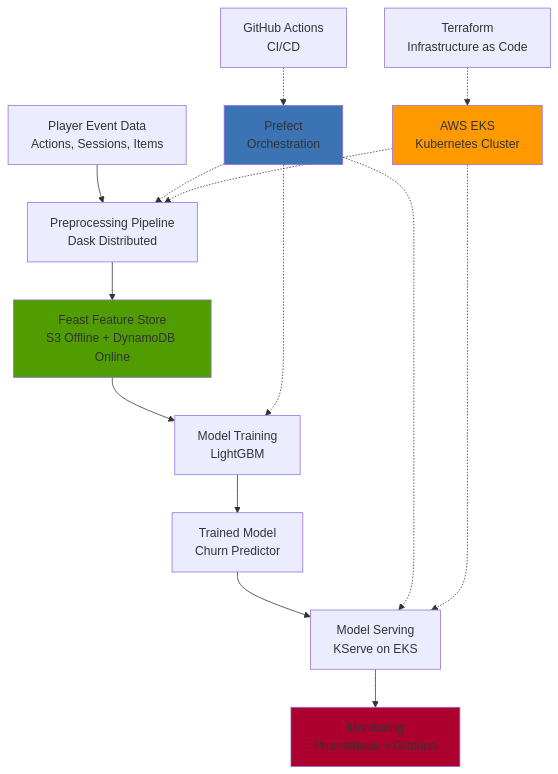
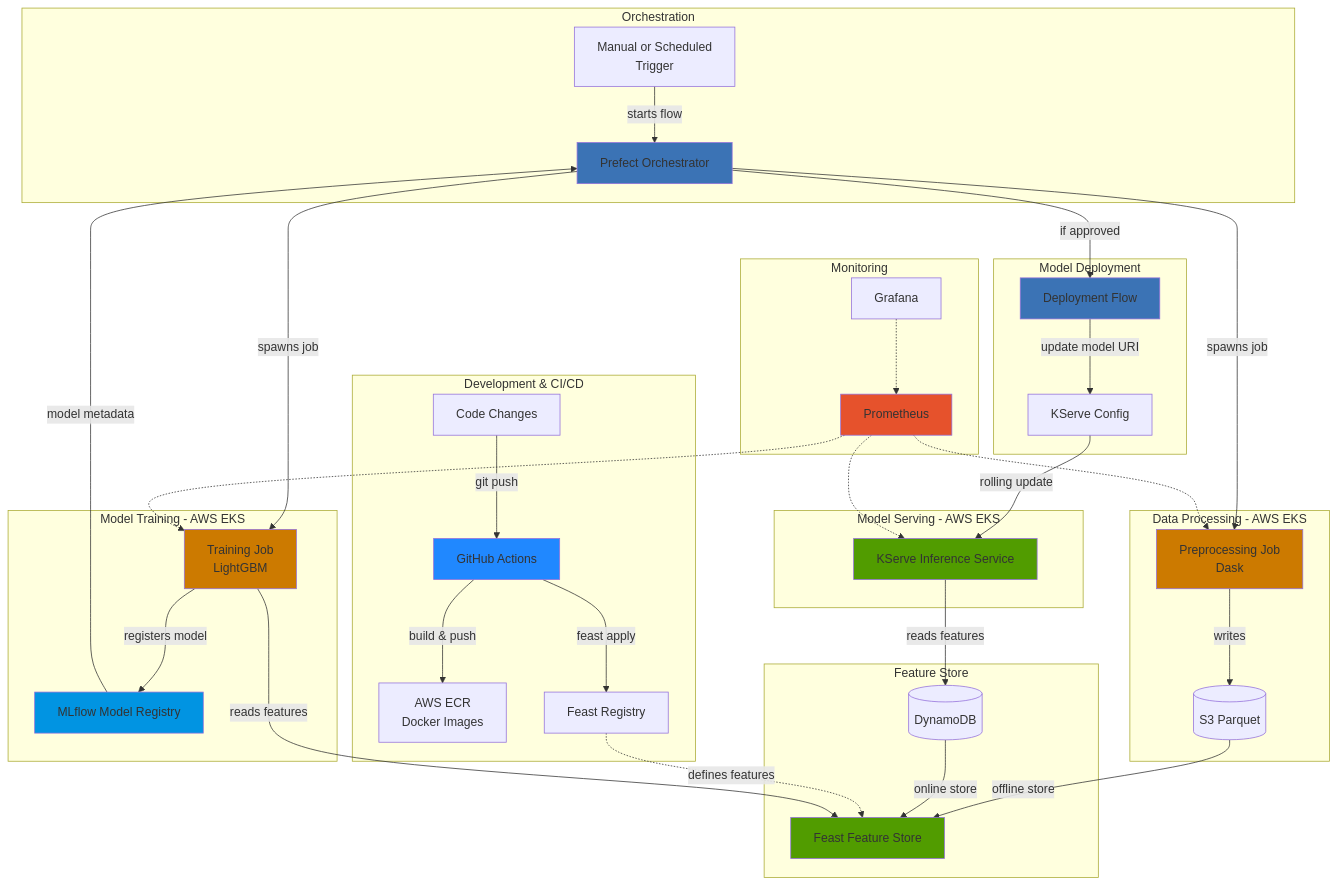
Before and after one commit to hzabun/player-churn-mlops: the diagram in README.md, drawn with Mermaid. The commit also changed other lines of this file, not shown here.

Commit message:
docs: revise README for clarity and updates on MLflow

````diff
--- a/README.md
+++ b/README.md
@@ -11,28 +11,67 @@
 ```mermaid
 graph TB
-    Data[Player Event Data<br/>Actions, Sessions, Items] --> Preprocess[Preprocessing Pipeline<br/>Dask Distributed]
+
+    %% --- Development & CI/CD ---
+    subgraph "Development & CI/CD"
+        Dev[Code Changes] -->|git push| GHA[GitHub Actions]
+        GHA -->|build & push| ECR[AWS ECR<br/>Docker Images]
+        GHA -->|feast apply| Registry[Feast Registry]
+    end
     
-    Preprocess --> Feast[Feast Feature Store<br/>S3 Offline + DynamoDB Online]
+    %% --- Orchestration ---
+    subgraph "Orchestration"
+        Trigger[Manual or Scheduled<br/>Trigger] -->|starts flow| Prefect[Prefect Orchestrator]
+    end
     
-    Feast --> Train[Model Training<br/>LightGBM]
-    Train --> Model[Trained Model<br/>Churn Predictor]
+    %% --- Data Processing ---
+    subgraph "Data Processing - AWS EKS"
+        Prefect -->|spawns job| Preprocess[Preprocessing Job<br/>Dask]
+        Preprocess -->|writes| S3[(S3 Parquet)]
+    end
+
+    %% --- Feature Store ---
+    subgraph "Feature Store"
+        S3 -->|offline store| Feast[Feast Feature Store]
+        DynamoDB[(DynamoDB)] -->|online store| Feast
+        Registry -.->|defines features| Feast
+    end
     
-    Model --> Serve[Model Serving<br/>KServe on EKS]
+    %% --- Model Training ---
+    subgraph "Model Training - AWS EKS"
+        Prefect -->|spawns job| Train[Training Job<br/>LightGBM]
+        Train -->|reads features| Feast
+        Train -->|registers model| MLflow[MLflow Model Registry]
+    end
     
-    Serve --> Monitor[Monitoring<br/>Prometheus + Grafana]
+    %% --- Model Deployment ---
+    subgraph "Model Deployment"
+        MLflow -->|model metadata| Prefect
+        Prefect -->|if approved| Deploy[Deployment Flow]
+        Deploy -->|update model URI| KServeConfig[KServe Config]
+    end
     
-    Prefect[Prefect<br/>Orchestration] -.-> Preprocess
-    Prefect -.-> Train
-    Prefect -.-> Serve
+    %% --- Model Serving ---
+    subgraph "Model Serving - AWS EKS"
+        KServeConfig -->|rolling update| KServe[KServe Inference Service]
+        KServe -->|reads features| DynamoDB
+    end
     
-    GHA[GitHub Actions<br/>CI/CD] -.-> Prefect
-    
-    Terraform[Terraform<br/>Infrastructure as Code] -.-> EKS[AWS EKS<br/>Kubernetes Cluster]
-    EKS -.-> Preprocess
-    EKS -.-> Serve
-    
+    %% --- Monitoring ---
+    subgraph "Monitoring"
+        Prometheus[Prometheus] -.-> Preprocess
+        Prometheus -.-> Train
+        Prometheus -.-> KServe
+        Grafana[Grafana] -.-> Prometheus
+    end
+
+    %% --- Styles ---
+    style GHA fill:#2088FF
+    style Prefect fill:#3b73b5
+    style Preprocess fill:#cc7a00
+    style Train fill:#cc7a00
+    style MLflow fill:#0194E2
+    style Deploy fill:#3b73b5
+    style KServe fill:#519c00
     style Feast fill:#519c00
-    style EKS fill:#FF9900
-    style Prefect fill:#3b73b5
-    style Monitor fill:#ac002f
+    style Prometheus fill:#E6522C
 ```
````
